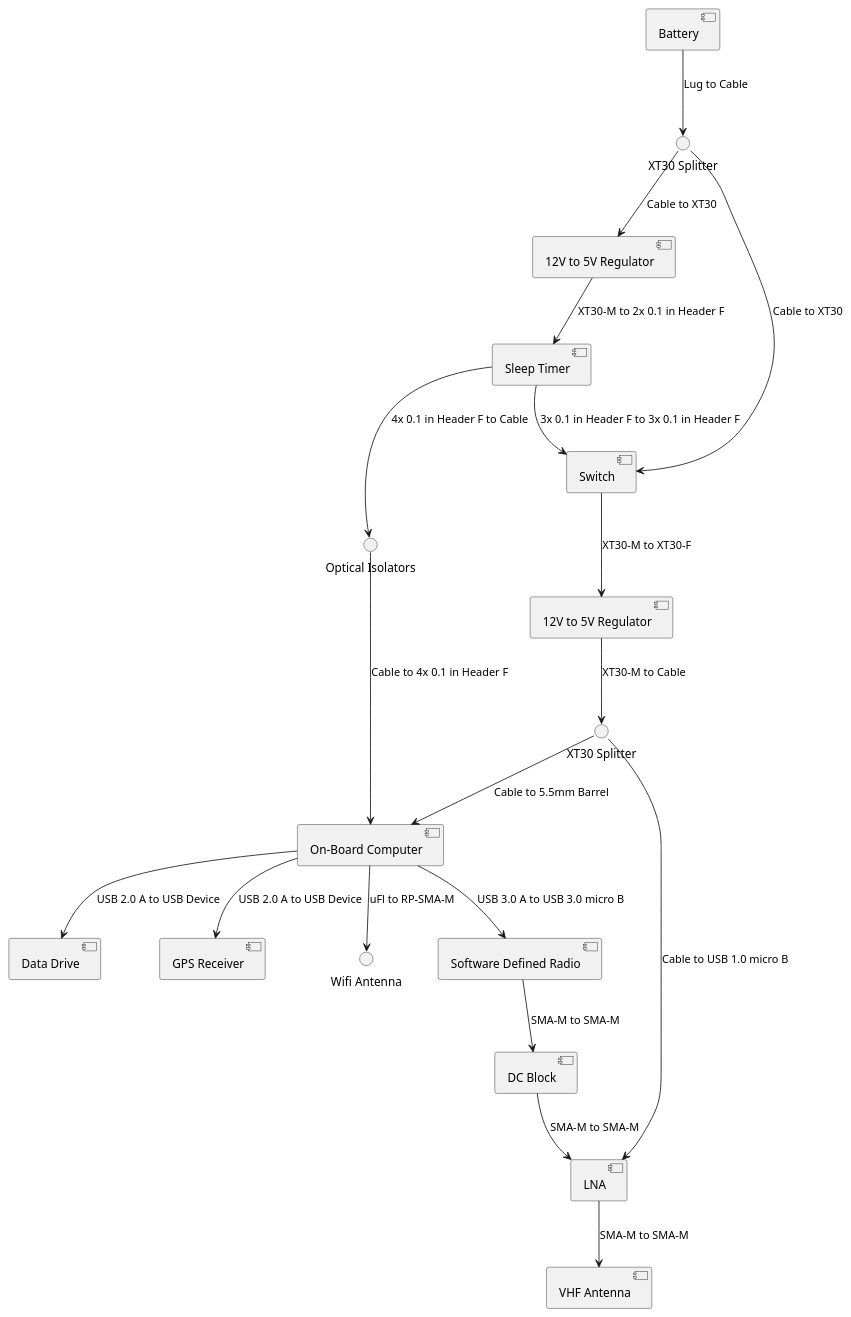
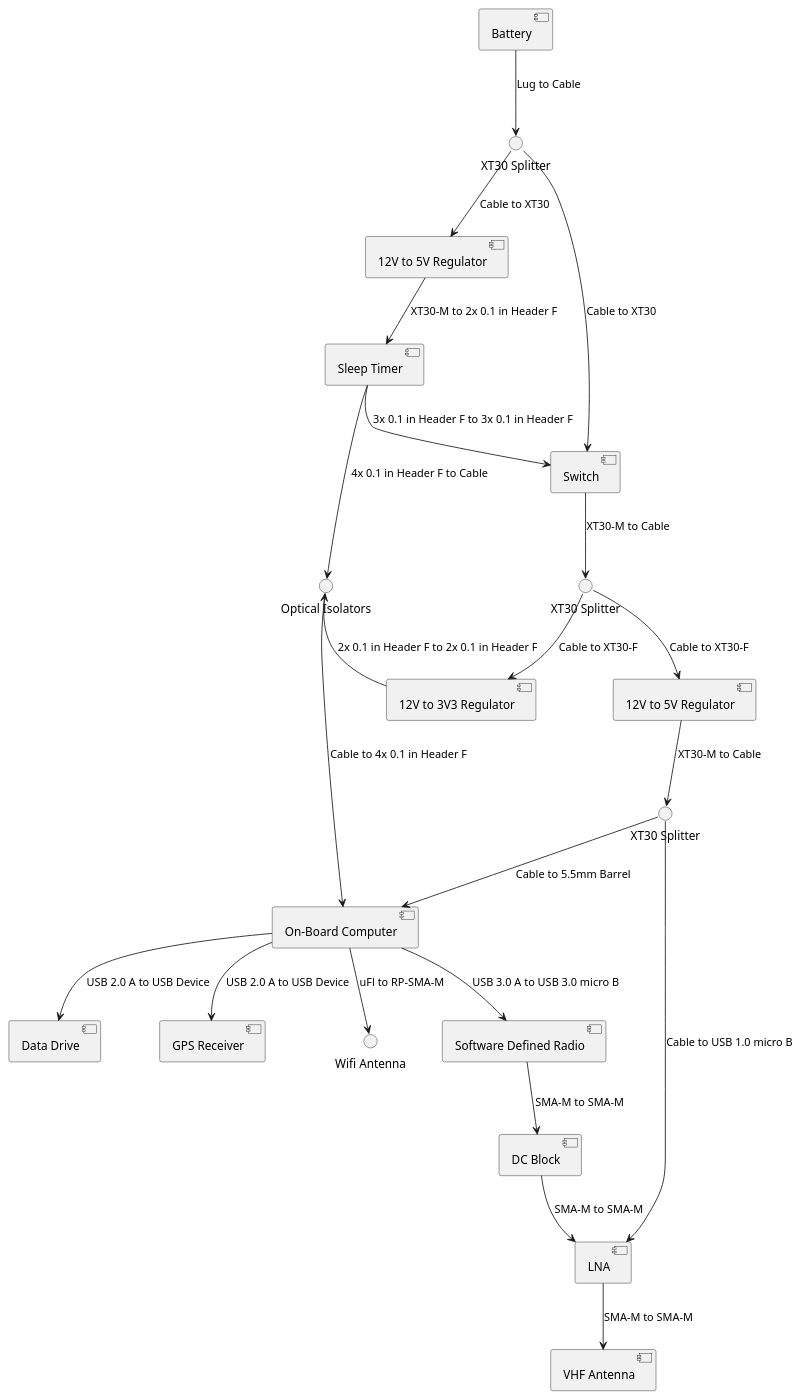
The second of 2 diagrams in design/system_diagram.puml (UCSD-E4E/rct-collard-lizard-docs), drawn with PlantUML before and after one commit. The commit also changed 1 other file, not shown here.

Commit message:
Updated cable descriptions

```diff
--- a/design/system_diagram.puml
+++ b/design/system_diagram.puml
@@ -25,38 +25,43 @@
 @startuml Radio Collar Tracker: Collared Lizard Wiring Diagram
 [Software Defined Radio] as SDR
 [On-Board Computer] as OBC
 [VHF Antenna] as ANT
 [LNA] as LNA
 [DC Block] as DCB
 [Data Drive] as USB
 [GPS Receiver] as GPS
 [Sleep Timer] as ST
 [Battery] as BATT
 [12V to 5V Regulator] as PRIMARY_REG
 [12V to 5V Regulator] as PERSISTENT_REG
+[12V to 3V3 Regulator] as ISOLATION_REG
 [Switch] as SWITCH
 
 interface "Wifi Antenna" as WIFI_ANT
 interface "Optical Isolators" as OPTO
 interface "XT30 Splitter" as XT30_SPLIT
 interface "XT30 Splitter" as BATTERY_SPLITTER
+interface "XT30 Splitter" as SWITCHED_SPLITTER
 
 OBC --> SDR : USB 3.0 A to USB 3.0 micro B
 LNA --> ANT : SMA-M to SMA-M
 DCB --> LNA : SMA-M to SMA-M
 SDR --> DCB : SMA-M to SMA-M
 OBC --> WIFI_ANT : uFl to RP-SMA-M
 OBC --> USB : USB 2.0 A to USB Device
 PRIMARY_REG --> XT30_SPLIT : XT30-M to Cable
 XT30_SPLIT --> OBC : Cable to 5.5mm Barrel
 XT30_SPLIT --> LNA : Cable to USB 1.0 micro B
 BATTERY_SPLITTER --> SWITCH : Cable to XT30
-SWITCH --> PRIMARY_REG : XT30-M to XT30-F
+SWITCH --> SWITCHED_SPLITTER : XT30-M to Cable
+SWITCHED_SPLITTER --> PRIMARY_REG : Cable to XT30-F
+SWITCHED_SPLITTER --> ISOLATION_REG : Cable to XT30-F
+OPTO <-- ISOLATION_REG : 2x 0.1 in Header F to 2x 0.1 in Header F
 ST --> SWITCH : 3x 0.1 in Header F to 3x 0.1 in Header F
 OPTO --> OBC : Cable to 4x 0.1 in Header F
 ST --> OPTO : 4x 0.1 in Header F to Cable
 PERSISTENT_REG --> ST : XT30-M to 2x 0.1 in Header F
 BATTERY_SPLITTER --> PERSISTENT_REG : Cable to XT30
 OBC --> GPS : USB 2.0 A to USB Device
 BATT --> BATTERY_SPLITTER : Lug to Cable
 @enduml
```
